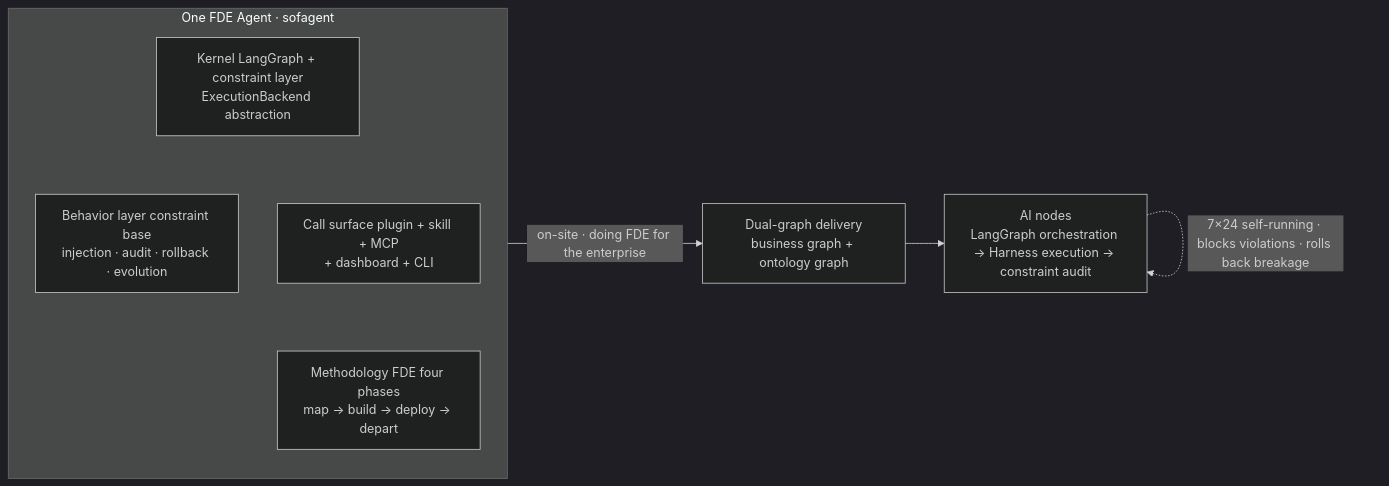
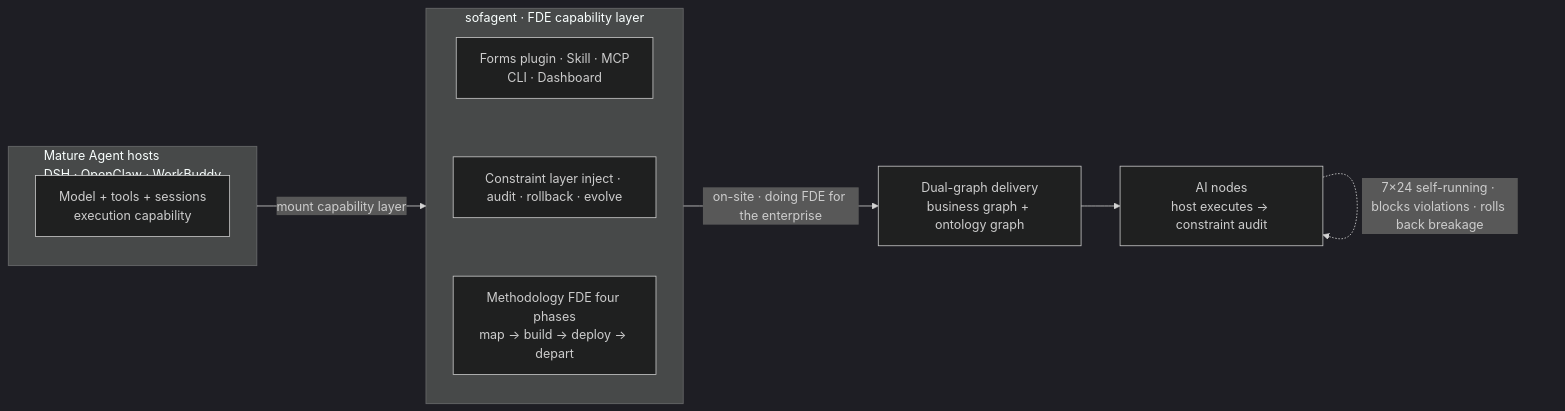
Before and after one commit to KongFangXun/sofagent: the first of 2 diagrams in README.en.md, drawn with Mermaid (dark theme). The commit also changed other lines of this file and 5 other files, not shown here.

First line of the commit message:
docs(叙事重构): sofagent 定位从「一个 FDE Agent」调整为「FDE 能力层」——不造 Agent，骑在成熟 Agent 之上

````diff
--- a/README.en.md
+++ b/README.en.md
@@ -47,12 +47,17 @@
 ```mermaid
 graph LR
-    subgraph S["One FDE Agent · sofagent"]
+    subgraph H["Mature Agent hosts<br/>DSH · OpenClaw · WorkBuddy"]
+        M["Model + tools + sessions<br/>execution capability"]
+    end
+    subgraph S["sofagent · FDE capability layer"]
         direction TB
-        K["Kernel LangGraph + constraint layer<br/>ExecutionBackend abstraction"] ~~~ B["Behavior layer constraint base<br/>injection · audit · rollback · evolution"]
-        I["Call surface plugin + skill + MCP<br/>+ dashboard + CLI"] ~~~ M["Methodology FDE four phases<br/>map → build → deploy → depart"]
-        K ~~~ I
+        P["Forms plugin · Skill · MCP<br/>CLI · Dashboard"]
+        C["Constraint layer inject · audit · rollback · evolve"]
+        F["Methodology FDE four phases<br/>map → build → deploy → depart"]
+        P ~~~ C ~~~ F
     end
+    H -->|"mount capability layer"| S
     S -->|"on-site · doing FDE for the enterprise"| D["Dual-graph delivery<br/>business graph + ontology graph"]
-    D --> N["AI nodes<br/>LangGraph orchestration → Harness execution → constraint audit"]
+    D --> N["AI nodes<br/>host executes → constraint audit"]
     N -.->|"7×24 self-running · blocks violations · rolls back breakage"| N
 ```
````
